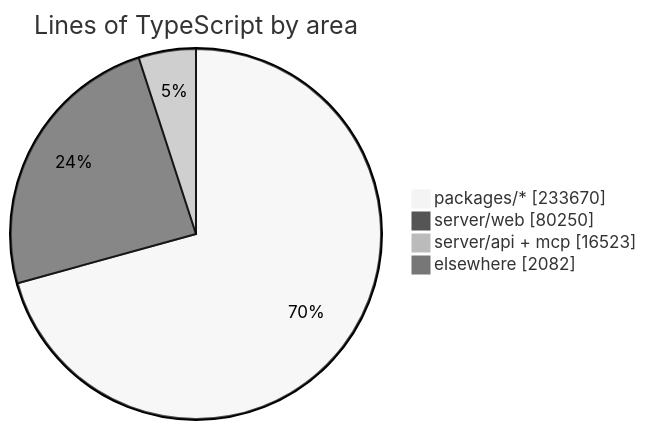
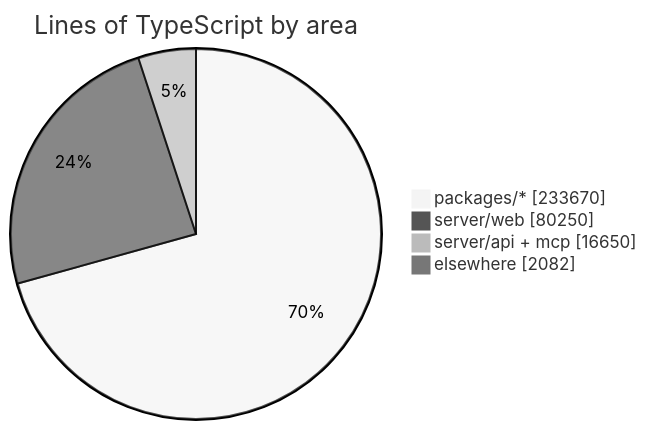
One commit to crossworks-engineering/mantle changed the diagram in README.md. Above: the diagram before and after it, drawn with Mermaid (neutral theme). The commit also changed other lines of this file and 2 other files, not shown here.

````diff
--- a/README.md
+++ b/README.md
@@ -287,7 +287,7 @@
 ```mermaid
 pie showData title Lines of TypeScript by area
     "packages/*" : 233670
     "server/web" : 80250
-    "server/api + mcp" : 16523
+    "server/api + mcp" : 16650
     "elsewhere" : 2082
 ```
````
